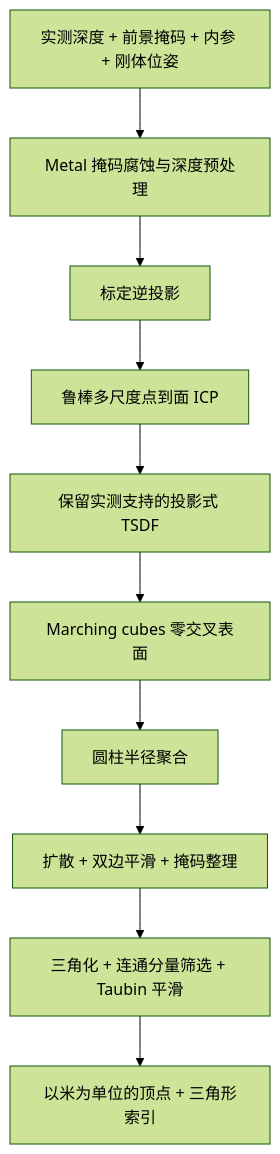
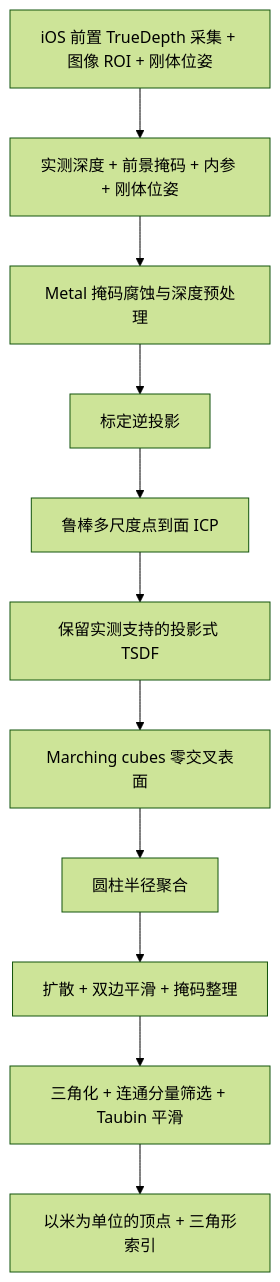
Before and after one commit to porarrirr/truemyface-reconstruction: the diagram in README.zh-CN.md, drawn with Mermaid (forest theme). The commit also changed other lines of this file and 14 other files, not shown here.

Commit message:
Add isolated TrueDepth camera capture and runnable iPhone sample

````diff
--- a/README.zh-CN.md
+++ b/README.zh-CN.md
@@ -47,12 +47,13 @@
 ```mermaid
 flowchart TD
-    A[实测深度 + 前景掩码 + 内参 + 刚体位姿] --> B[Metal 掩码腐蚀与深度预处理]
+    S[iOS 前置 TrueDepth 采集 + 图像 ROI + 刚体位姿] --> A[实测深度 + 前景掩码 + 内参 + 刚体位姿]
+    A --> B[Metal 掩码腐蚀与深度预处理]
     B --> C[标定逆投影]
     C --> D[鲁棒多尺度点到面 ICP]
     D --> E[保留实测支持的投影式 TSDF]
     E --> F[Marching cubes 零交叉表面]
     F --> G[圆柱半径聚合]
     G --> H[扩散 + 双边平滑 + 掩码整理]
     H --> I[三角化 + 连通分量筛选 + Taubin 平滑]
     I --> J[以米为单位的顶点 + 三角形索引]
 ```
````
